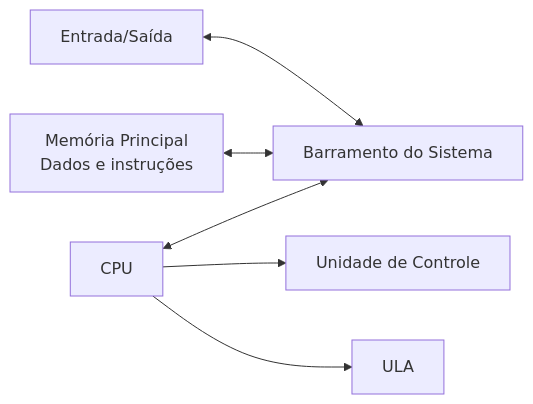
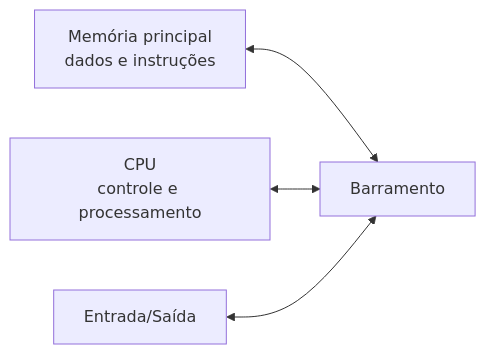
Before and after one commit to matheus046z/CompSci-UCB: the eighth of 9 diagrams in content/MOD 2/SISCOMP/02 Unidades/Unidade 1/Leitura 1.2/Resumos/SISCOMP-1.2-Resumo.md, drawn with Mermaid. The commit also changed other lines of this file, not shown here.

````diff
--- a/content/MOD 2/SISCOMP/02 Unidades/Unidade 1/Leitura 1.2/Resumos/SISCOMP-1.2-Resumo.md
+++ b/content/MOD 2/SISCOMP/02 Unidades/Unidade 1/Leitura 1.2/Resumos/SISCOMP-1.2-Resumo.md
@@ -472,16 +348,11 @@
 ```mermaid
 flowchart LR
-    MEM[Memória Principal<br>Dados e instruções]
-    CPU[CPU]
-    UC[Unidade de Controle]
-    ULA[ULA]
+    MEM[Memória principal<br>dados e instruções]
+    CPU[CPU<br>controle e processamento]
     IO[Entrada/Saída]
-    BUS[Barramento do Sistema]
+    BUS[Barramento]
 
-    CPU --> UC
-    CPU --> ULA
-
+    MEM <--> BUS
     CPU <--> BUS
-    MEM <--> BUS
     IO <--> BUS
 ```
````
